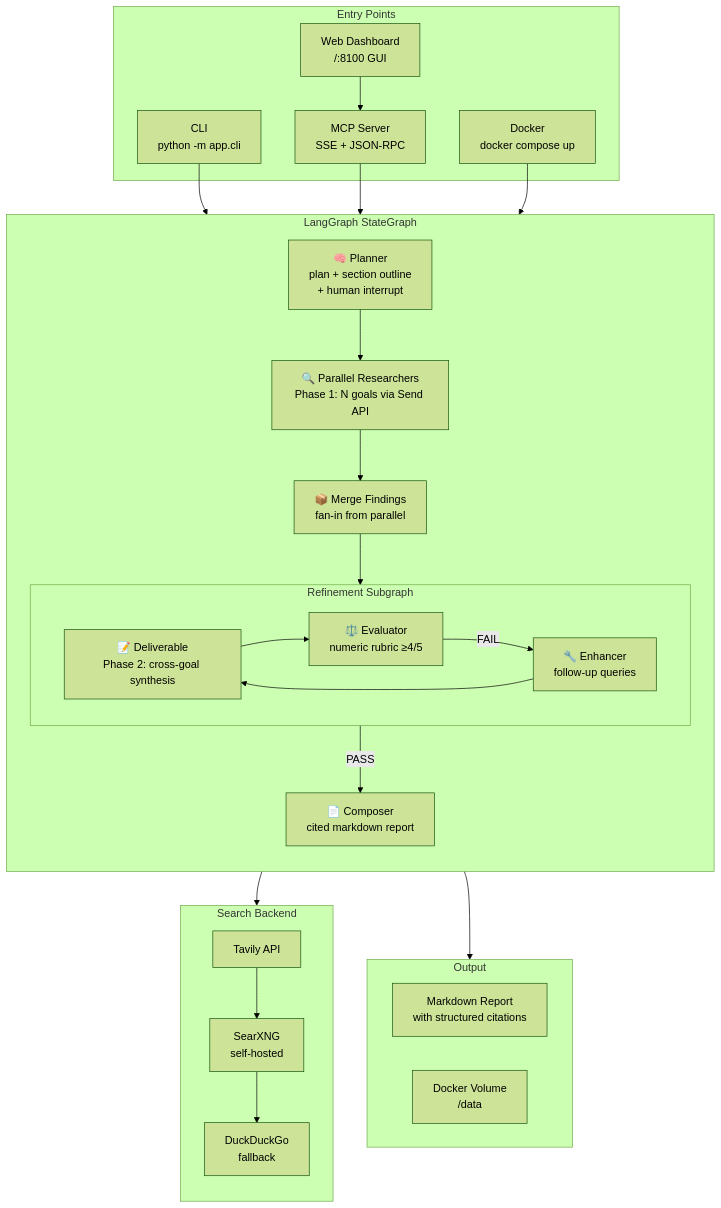
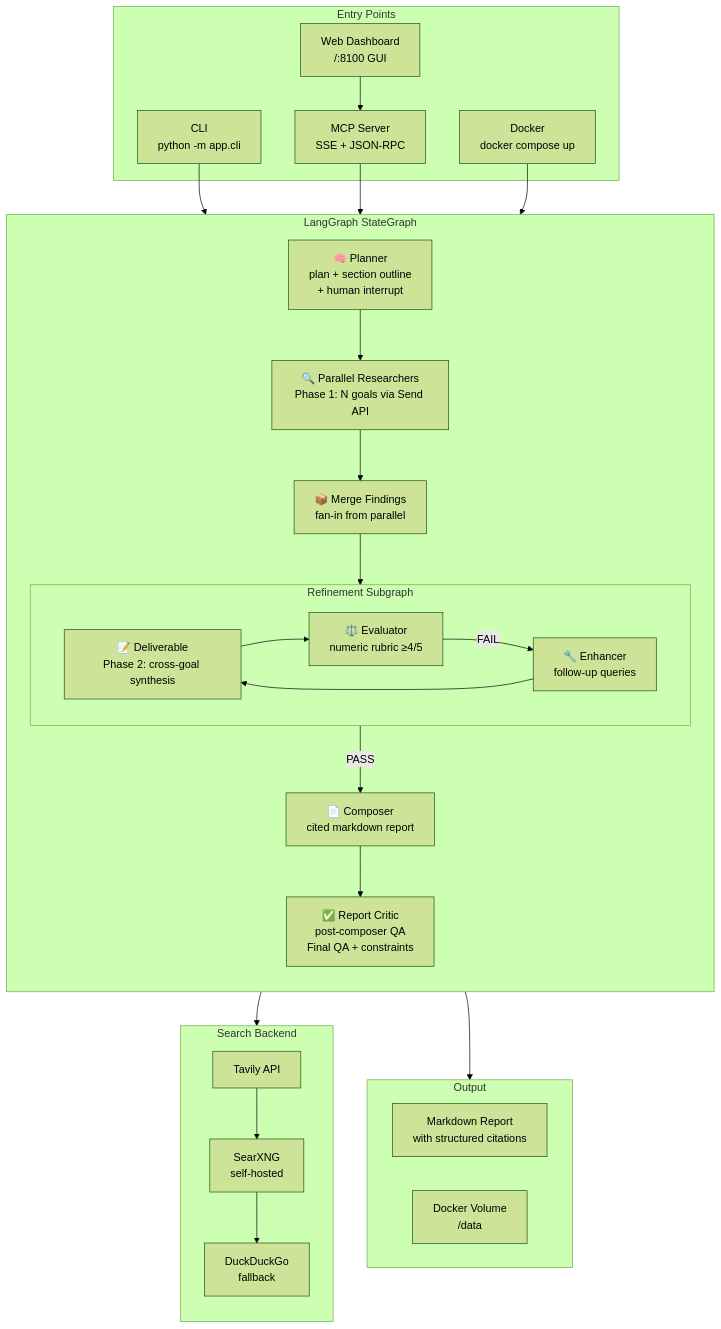
The first of 10 diagrams in ARCHITECTURE.md (jorgevillamizarco/deep-research-langgraph), drawn with Mermaid (forest theme) before and after one commit. The commit also changed other lines of this file and 2 other files, not shown here.

````diff
--- a/ARCHITECTURE.md
+++ b/ARCHITECTURE.md
@@ -7,50 +7,52 @@
 ```mermaid
 flowchart TB
     subgraph Entry["Entry Points"]
         CLI["CLI<br/>python -m app.cli"]
         MCP["MCP Server<br/>SSE + JSON-RPC"]
         Dashboard["Web Dashboard<br/>/:8100 GUI"]
         Docker["Docker<br/>docker compose up"]
     end
 
     subgraph Graph["LangGraph StateGraph"]
         direction TB
         P["🧠 Planner<br/>plan + section outline<br/>+ human interrupt"]
         PR["🔍 Parallel Researchers<br/>Phase 1: N goals via Send API"]
         M["📦 Merge Findings<br/>fan-in from parallel"]
         subgraph Refine["Refinement Subgraph"]
             direction LR
             D["📝 Deliverable<br/>Phase 2: cross-goal synthesis"]
             E["⚖️ Evaluator<br/>numeric rubric ≥4/5"]
             EN["🔧 Enhancer<br/>follow-up queries"]
             D --> E
             E -->|FAIL| EN
             EN --> D
         end
         C["📄 Composer<br/>cited markdown report"]
+        RC["✅ Report Critic<br/>post-composer QA<br/>Final QA + constraints"]
         P --> PR
         PR --> M
         M --> Refine
         Refine -->|PASS| C
+        C --> RC
     end
 
     subgraph Search["Search Backend"]
         direction TB
         T["Tavily API"]
         S["SearXNG<br/>self-hosted"]
         DDG["DuckDuckGo<br/>fallback"]
         T --> S --> DDG
     end
 
     subgraph Output["Output"]
         MD["Markdown Report<br/>with structured citations"]
         Vol["Docker Volume<br/>/data"]
     end
 
     CLI --> Graph
     MCP --> Graph
     Dashboard --> MCP
     Docker --> Graph
     Graph --> Search
     Graph --> Output
 ```
````
